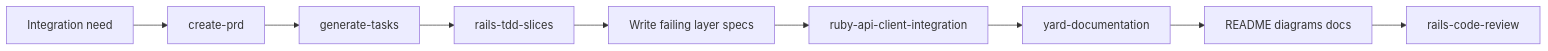
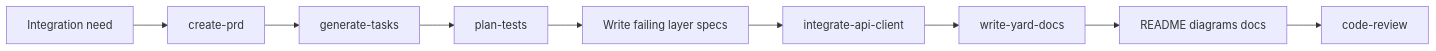
Diagram 16 of 17 in docs/workflow-guide.md (igmarin/my-RoR-personal-skills), drawn with Mermaid before and after one commit. The commit also changed other lines of this file and 295 other files, not shown here.

First line of the commit message:
Refactor names flows (#57)

````diff
--- a/docs/workflow-guide.md
+++ b/docs/workflow-guide.md
@@ -666,11 +666,11 @@
 ```mermaid
 flowchart LR
     A[Integration need] --> B[create-prd]
     B --> C[generate-tasks]
-    C --> D[rails-tdd-slices]
+    C --> D[plan-tests]
     D --> E["Write failing layer specs"]
-    E --> F[ruby-api-client-integration]
-    F --> G[yard-documentation]
+    E --> F[integrate-api-client]
+    F --> G[write-yard-docs]
     G --> H[README diagrams docs]
-    H --> I[rails-code-review]
+    H --> I[code-review]
 ```
````
